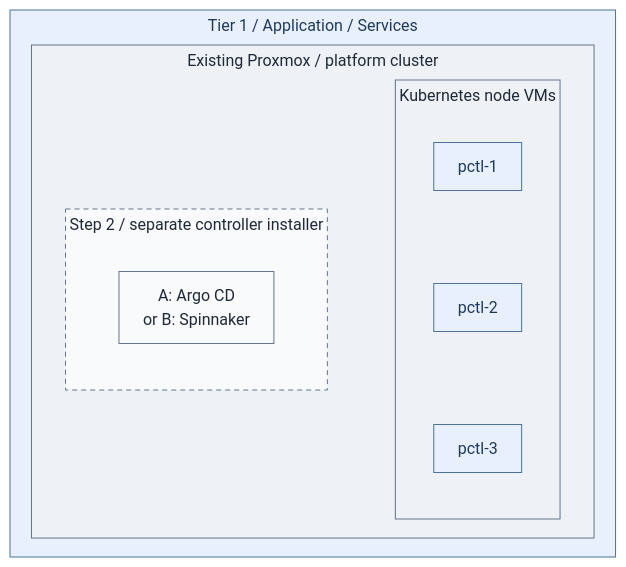
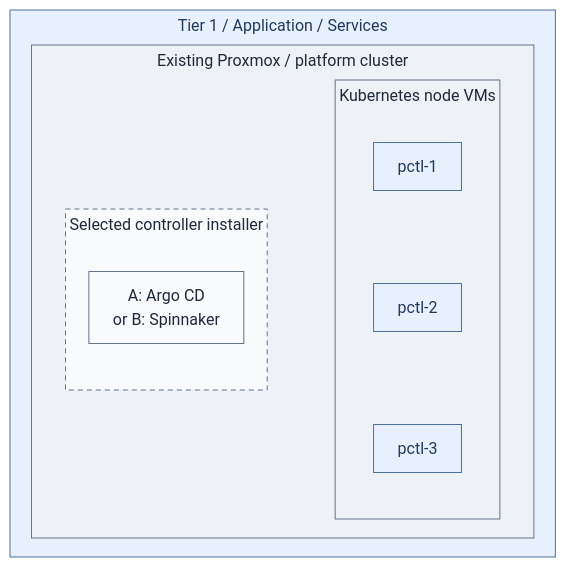
One commit to Rexus/homelab changed the diagram in docs/03-deployment/stage-7-delivery/README.md. Above: the diagram before and after it, drawn with Mermaid. The commit also changed other lines of this file and 279 other files, not shown here.

````diff
--- a/docs/03-deployment/stage-7-delivery/README.md
+++ b/docs/03-deployment/stage-7-delivery/README.md
@@ -53,28 +13,28 @@
 ```mermaid
 %%{init: {"theme":"base","flowchart":{"nodeSpacing":18,"rankSpacing":18,"padding":12,"subGraphTitleMargin":{"top":4,"bottom":12}},"themeVariables":{"lineColor":"#627581","edgeLabelBackground":"#f8fafc"}}}%%
 flowchart TB
   subgraph T1["Tier 1 / Application / Services"]
     direction LR
     subgraph PVE["Existing Proxmox / platform cluster"]
       direction LR
-      subgraph Added["Step 2 / separate controller installer"]
+      subgraph Added["Selected controller installer"]
         Controller["A: Argo CD<br/>or B: Spinnaker"]
       end
       subgraph Nodes["Kubernetes node VMs"]
         direction TB
         CP1["pctl-1"]
         CP2["pctl-2"]
         CP3["pctl-3"]
         CP1 ~~~ CP2 ~~~ CP3
       end
       Added ~~~ Nodes
     end
   end
   classDef default fill:#f8fafc,stroke:#64748b,color:#1f2937
   classDef services fill:#e7f0fc,stroke:#4d719b,color:#203a5b
   classDef boundary fill:#eef2f6,stroke:#64748b,color:#1f2937
   classDef replicas fill:#f8fafc,stroke:#64748b,color:#1f2937,stroke-dasharray:5 4
   class T1,CP1,CP2,CP3 services
   class PVE,Nodes boundary
   class Added replicas
 ```
````
